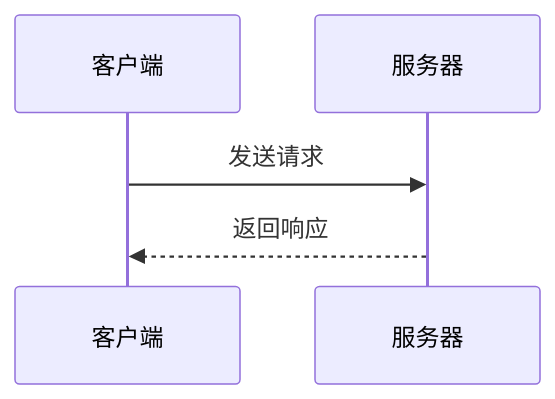
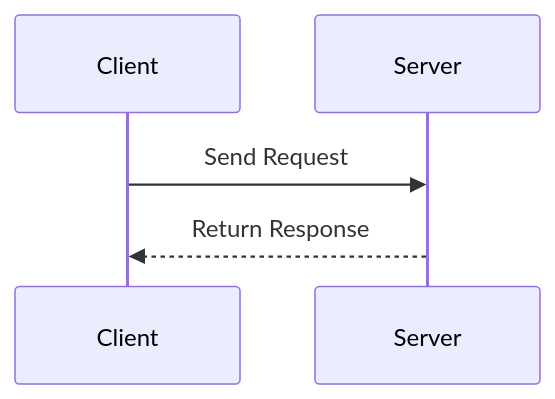
Before and after one commit to zhuangbiaowei/vitepress-ospo-writing-project: the second of 2 diagrams in docs/guides/markdown-guide.md, drawn with Mermaid. The commit also changed other lines of this file and 182 other files, not shown here.

````diff
--- a/docs/guides/markdown-guide.md
+++ b/docs/guides/markdown-guide.md
@@ -249,7 +249,7 @@
 ```mermaid
 sequenceDiagram
-    participant A as 客户端
-    participant B as 服务器
-    A->>B: 发送请求
-    B-->>A: 返回响应
+    participant A as Client
+    participant B as Server
+    A->>B: Send Request
+    B-->>A: Return Response
 ```
````
